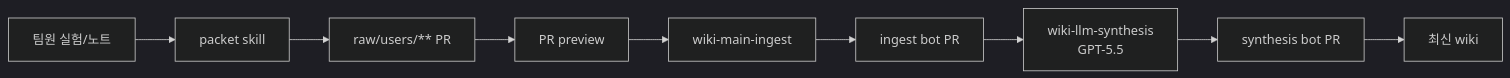
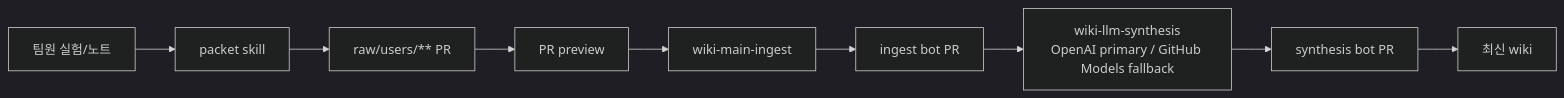
Before and after one commit to chunryongoh/team_llm_wiki: the diagram in README.md, drawn with Mermaid (dark theme). The commit also changed other lines of this file and 6 other files, not shown here.

First line of the commit message:
Keep LLM synthesis running inside GitHub

````diff
--- a/README.md
+++ b/README.md
@@ -9,11 +9,11 @@
 ```mermaid
 flowchart LR
     A["팀원 실험/노트"] --> B["packet skill"]
     B --> C["raw/users/** PR"]
     C --> D["PR preview"]
     D --> E["wiki-main-ingest"]
     E --> F["ingest bot PR"]
-    F --> G["wiki-llm-synthesis<br/>GPT-5.5"]
+    F --> G["wiki-llm-synthesis<br/>OpenAI primary / GitHub Models fallback"]
     G --> H["synthesis bot PR"]
     H --> I["최신 wiki"]
 ```
````
